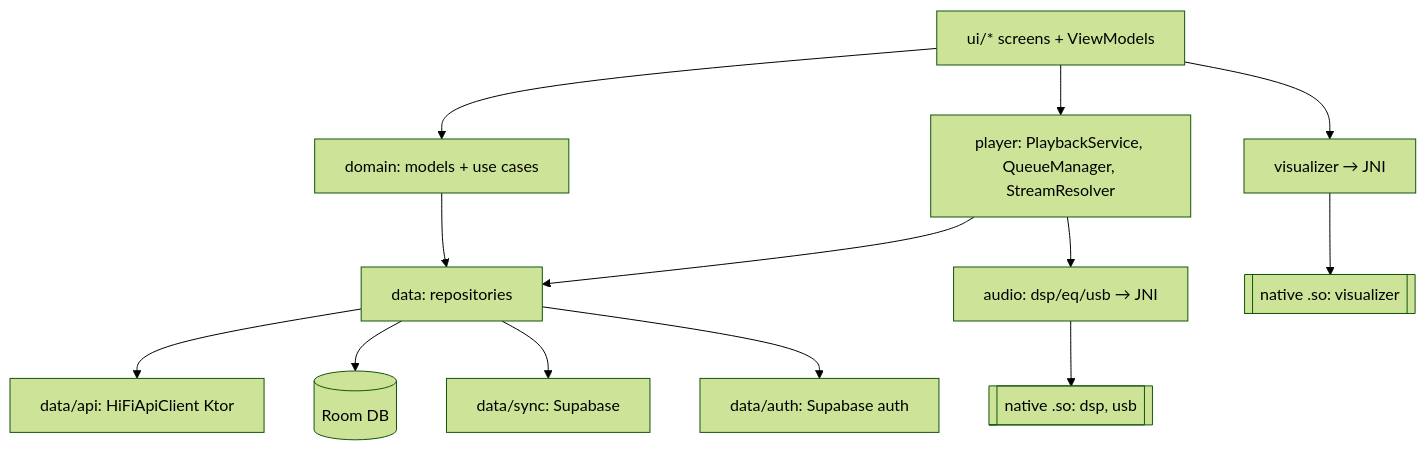
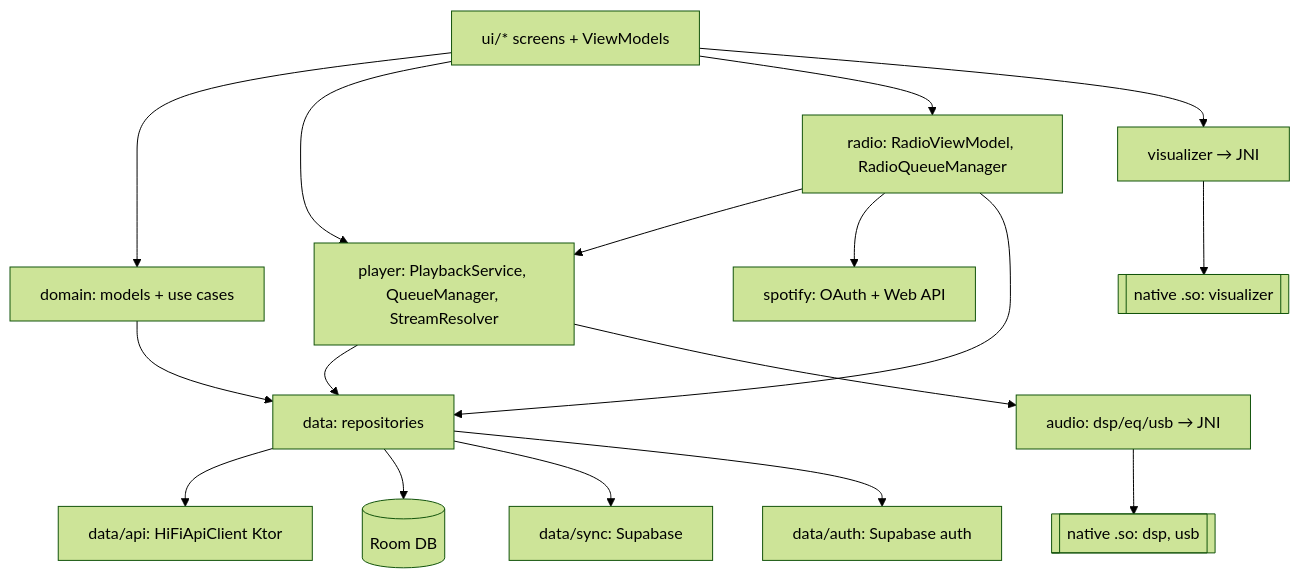
One commit to tryptz/monotrypt.android changed the second of 2 diagrams in codebase.md. Above: the diagram before and after it, drawn with Mermaid (forest theme). The commit also changed other lines of this file and 37 other files, not shown here.

````diff
--- a/codebase.md
+++ b/codebase.md
@@ -182,15 +195,19 @@
 ```mermaid
 flowchart TD
   UI[ui/* screens + ViewModels] --> DOM[domain: models + use cases]
   UI --> PLAYER[player: PlaybackService, QueueManager, StreamResolver]
+  UI --> RADIO[radio: RadioViewModel, RadioQueueManager]
   DOM --> DATA[data: repositories]
   PLAYER --> DATA
+  RADIO --> PLAYER
+  RADIO --> SPOTIFY[spotify: OAuth + Web API]
+  RADIO --> DATA
   DATA --> API[data/api: HiFiApiClient Ktor]
   DATA --> DB[(Room DB)]
   DATA --> SYNC[data/sync: Supabase]
   DATA --> AUTH[data/auth: Supabase auth]
   PLAYER --> AUDIO[audio: dsp/eq/usb → JNI]
   UI --> VIS[visualizer → JNI]
   AUDIO --> NATIVE[[native .so: dsp, usb]]
   VIS --> NATIVE2[[native .so: visualizer]]
 ```
````
